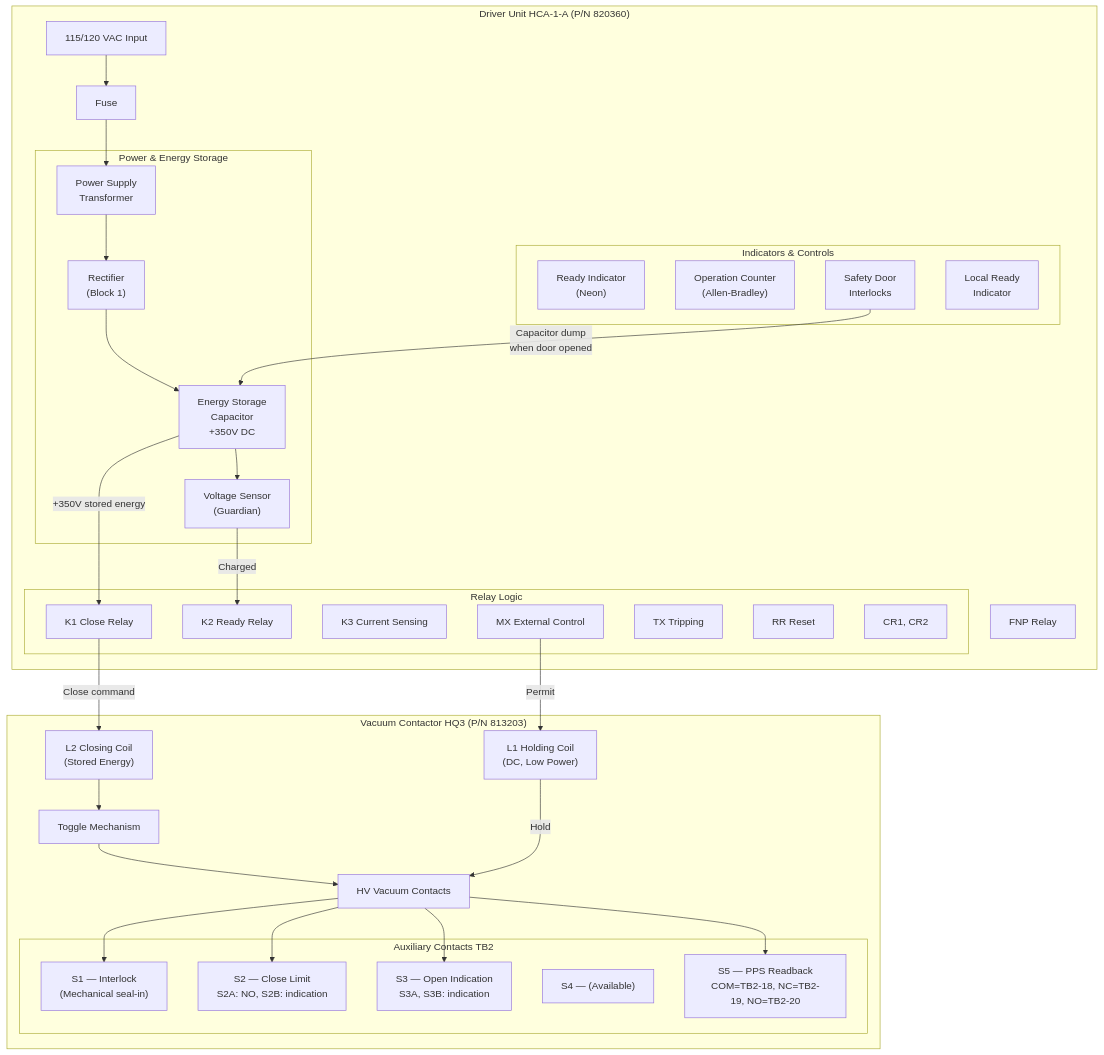
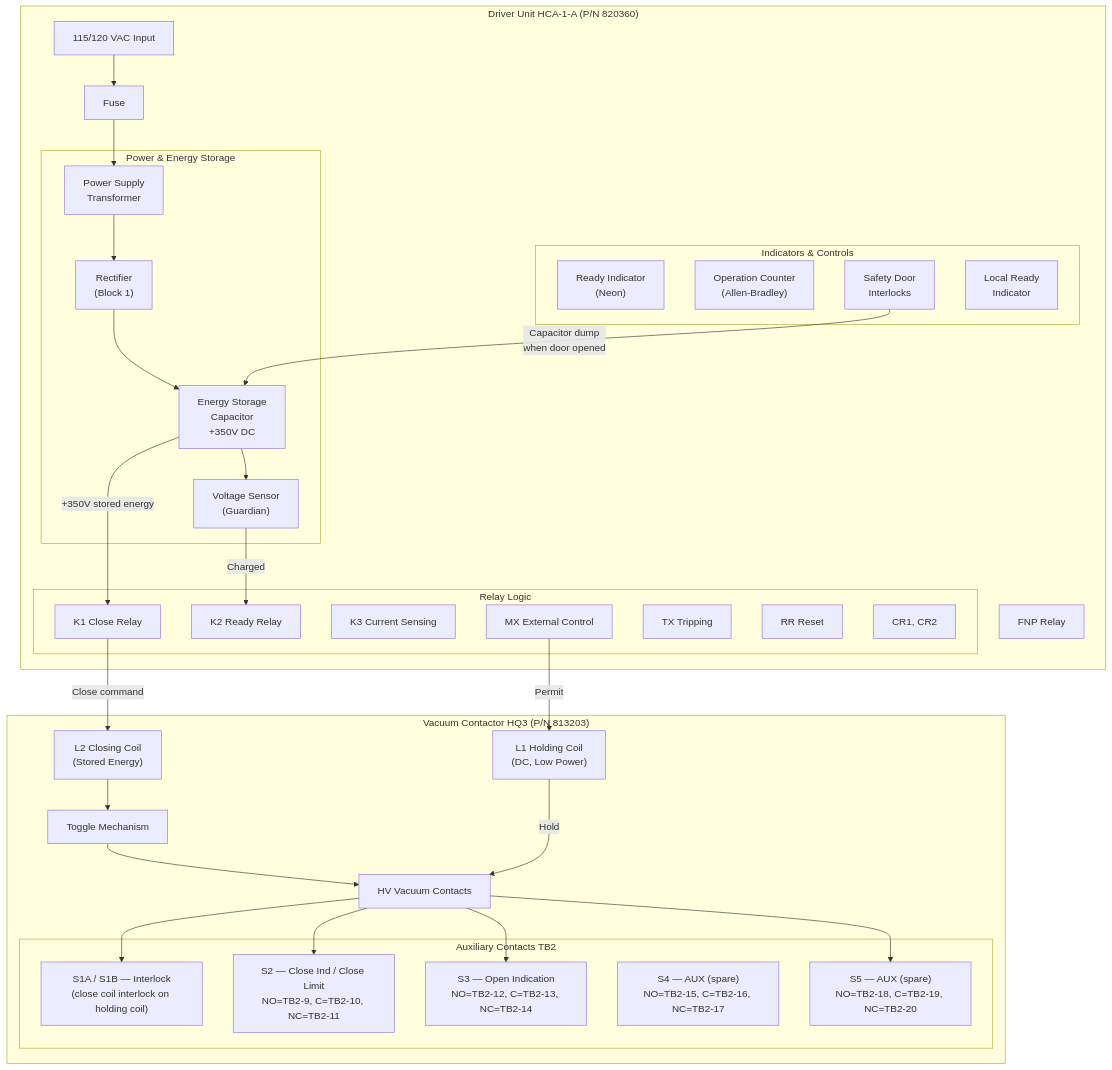
One commit to fayaw/spearlegacyLLRF changed the first of 2 diagrams in pps/diagrams/02_rossEngr713203_vacuum_contactor_driver.md. Above: the diagram before and after it, drawn with Mermaid. The commit also changed other lines of this file and 141 other files, not shown here.

````diff
--- a/pps/diagrams/02_rossEngr713203_vacuum_contactor_driver.md
+++ b/pps/diagrams/02_rossEngr713203_vacuum_contactor_driver.md
@@ -13,59 +29,59 @@
 ```mermaid
 flowchart TB
     subgraph DRIVER["Driver Unit HCA-1-A (P/N 820360)"]
         AC_IN["115/120 VAC Input"]
         FU["Fuse"]
         FNP["FNP Relay"]
         
         subgraph POWER["Power & Energy Storage"]
             XFMR["Power Supply<br/>Transformer"]
             RECT["Rectifier<br/>(Block 1)"]
             C6["Energy Storage<br/>Capacitor<br/>+350V DC"]
             VSENSOR["Voltage Sensor<br/>(Guardian)"]
         end
         
         subgraph RELAYS["Relay Logic"]
             K1["K1 Close Relay"]
             K2["K2 Ready Relay"]
             K3["K3 Current Sensing"]
             MX["MX External Control"]
             TX["TX Tripping"]
             RR["RR Reset"]
             CR1_CR2["CR1, CR2"]
         end
         
         subgraph INDICATORS["Indicators & Controls"]
             READY_IND["Ready Indicator<br/>(Neon)"]
             OPER_CTR["Operation Counter<br/>(Allen-Bradley)"]
             DOOR_INTLK["Safety Door<br/>Interlocks"]
             LOCAL_RDY["Local Ready<br/>Indicator"]
         end
     end
 
     subgraph CONTACTOR["Vacuum Contactor HQ3 (P/N 813203)"]
         L1_HOLD["L1 Holding Coil<br/>(DC, Low Power)"]
         L2_CLOSE["L2 Closing Coil<br/>(Stored Energy)"]
         TOGGLE["Toggle Mechanism"]
         HV_CONTACTS["HV Vacuum Contacts"]
         
         subgraph AUX["Auxiliary Contacts TB2"]
-            S1["S1 — Interlock<br/>(Mechanical seal-in)"]
-            S2["S2 — Close Limit<br/>S2A: NO, S2B: indication"]
-            S3["S3 — Open Indication<br/>S3A, S3B: indication"]
-            S4["S4 — (Available)"]
-            S5["S5 — PPS Readback<br/>COM=TB2-18, NC=TB2-19, NO=TB2-20"]
+            S1["S1A / S1B — Interlock<br/>(close coil interlock on holding coil)"]
+            S2["S2 — Close Ind / Close Limit<br/>NO=TB2-9, C=TB2-10, NC=TB2-11"]
+            S3["S3 — Open Indication<br/>NO=TB2-12, C=TB2-13, NC=TB2-14"]
+            S4["S4 — AUX (spare)<br/>NO=TB2-15, C=TB2-16, NC=TB2-17"]
+            S5["S5 — AUX (spare)<br/>NO=TB2-18, C=TB2-19, NC=TB2-20"]
         end
     end
 
     AC_IN --> FU --> XFMR --> RECT --> C6
     C6 --> VSENSOR
     VSENSOR -->|"Charged"| K2
     C6 -->|"+350V stored energy"| K1
     K1 -->|"Close command"| L2_CLOSE
     L2_CLOSE --> TOGGLE
     TOGGLE --> HV_CONTACTS
     MX -->|"Permit"| L1_HOLD
     L1_HOLD -->|"Hold"| HV_CONTACTS
     HV_CONTACTS --> S1 & S2 & S3 & S5
     DOOR_INTLK -->|"Capacitor dump<br/>when door opened"| C6
 ```
````
